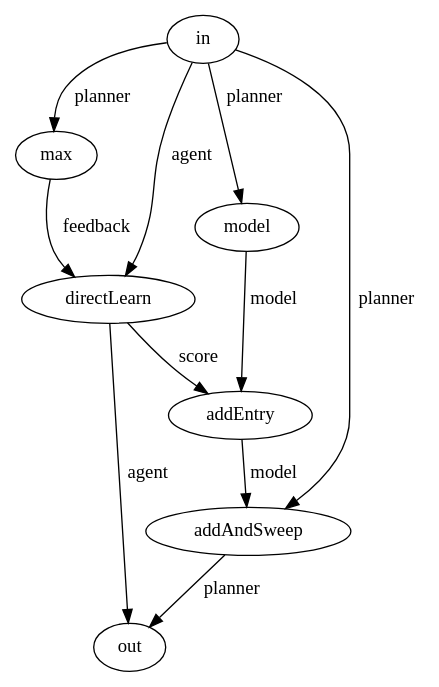
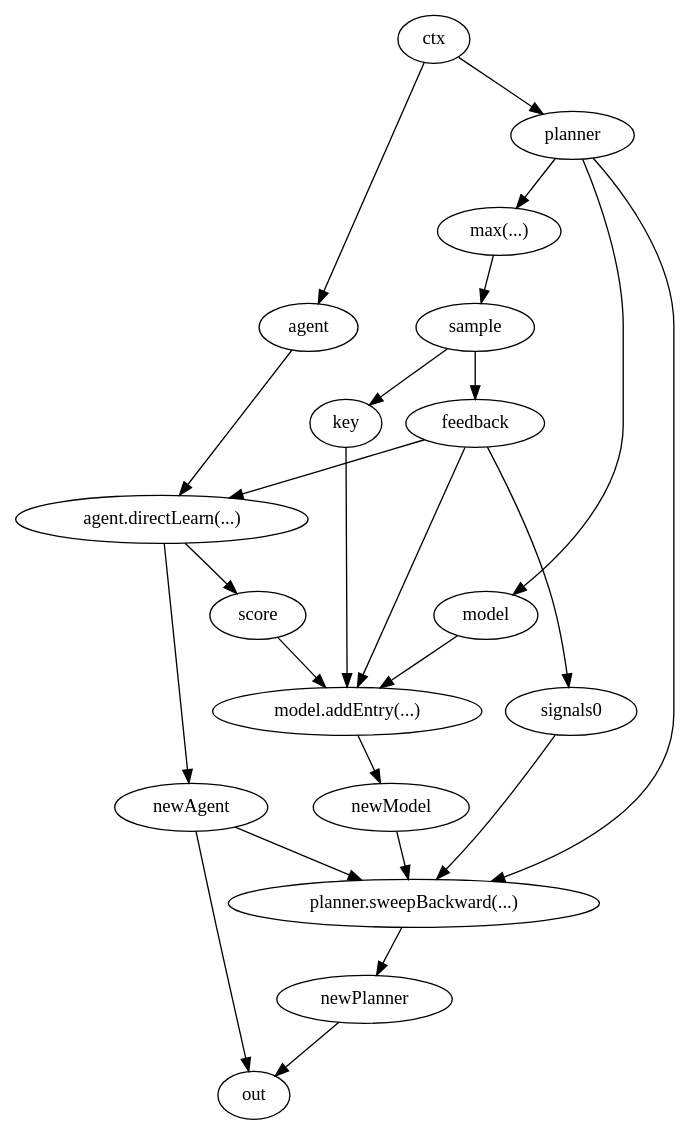
The sixth of 10 diagrams in docs/Charts.md (m-marini/scalarl), drawn with Graphviz before and after one commit. The commit also changed other lines of this file and 182 other files, not shown here.

````diff
--- a/docs/Charts.md
+++ b/docs/Charts.md
@@ -24,14 +239,40 @@
 ```dot
 digraph plannerLoop {
-  in -> max [label="planner"]
-  in -> directLearn [label="agent"]
-  max -> directLearn [label="feedback"]
-  directLearn -> addEntry [label="score"]
-  in -> model [label="planner"]
-  model -> addEntry [label="model"]
-  addEntry -> addAndSweep [label="model"]
-  in -> addAndSweep [label="planner"]
-  addAndSweep -> out [label="planner"]
-  directLearn -> out [label="agent"]
+  ctx->agent
+  ctx->planner
+
+  planner->max
+  max->sample
+  max [label="max(...)"]
+
+  sample->feedback
+
+  feedback->directLearn
+  agent->directLearn
+  directLearn->newAgent
+  directLearn-> score
+  directLearn [label="agent.directLearn(...)"]
+
+  sample->key
+  
+  
+  planner -> model -> addEntry
+  key->addEntry
+  feedback->addEntry
+  score->addEntry
+  addEntry-> newModel
+  addEntry [label="model.addEntry(...)"]
+
+
+  feedback->signals0->addAndSweep
+  newModel->addAndSweep
+  planner -> addAndSweep
+  newAgent->addAndSweep
+  addAndSweep -> newPlanner
+  addAndSweep [label="planner.sweepBackward(...)"]
+
+  newPlanner->out
+  newAgent->out
+
 }
 ```
````
